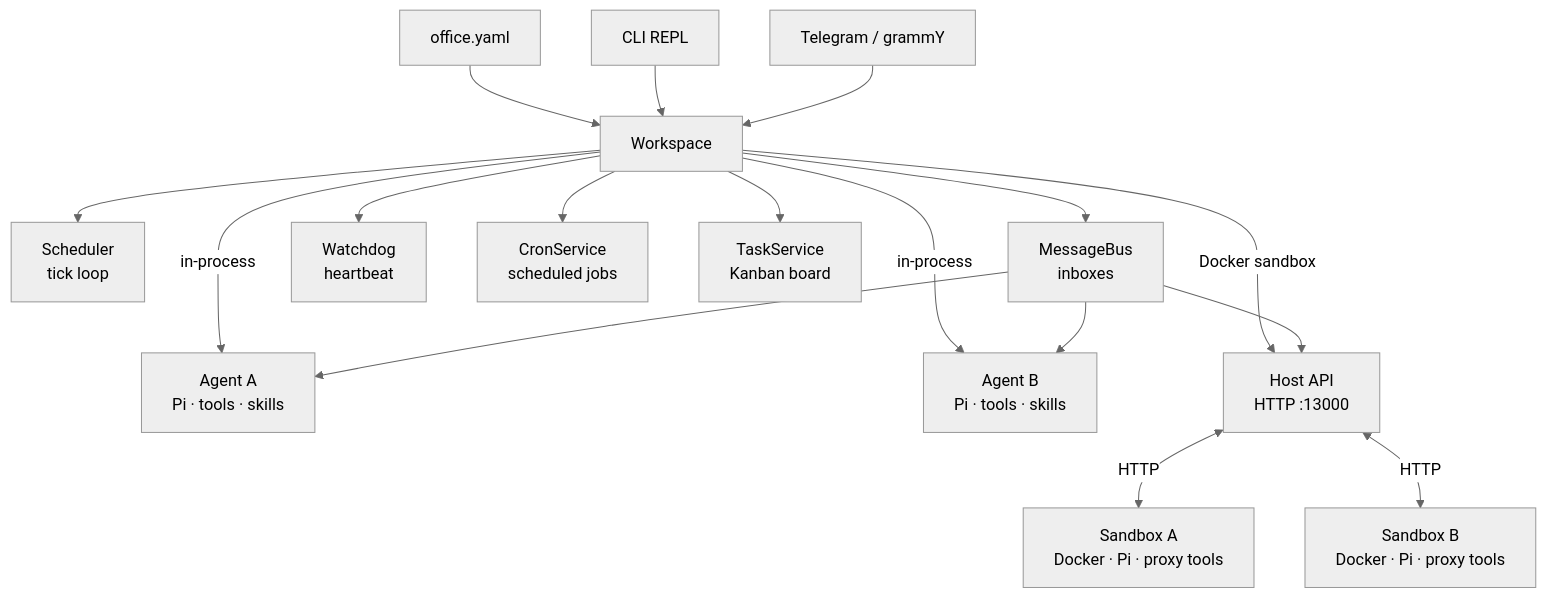
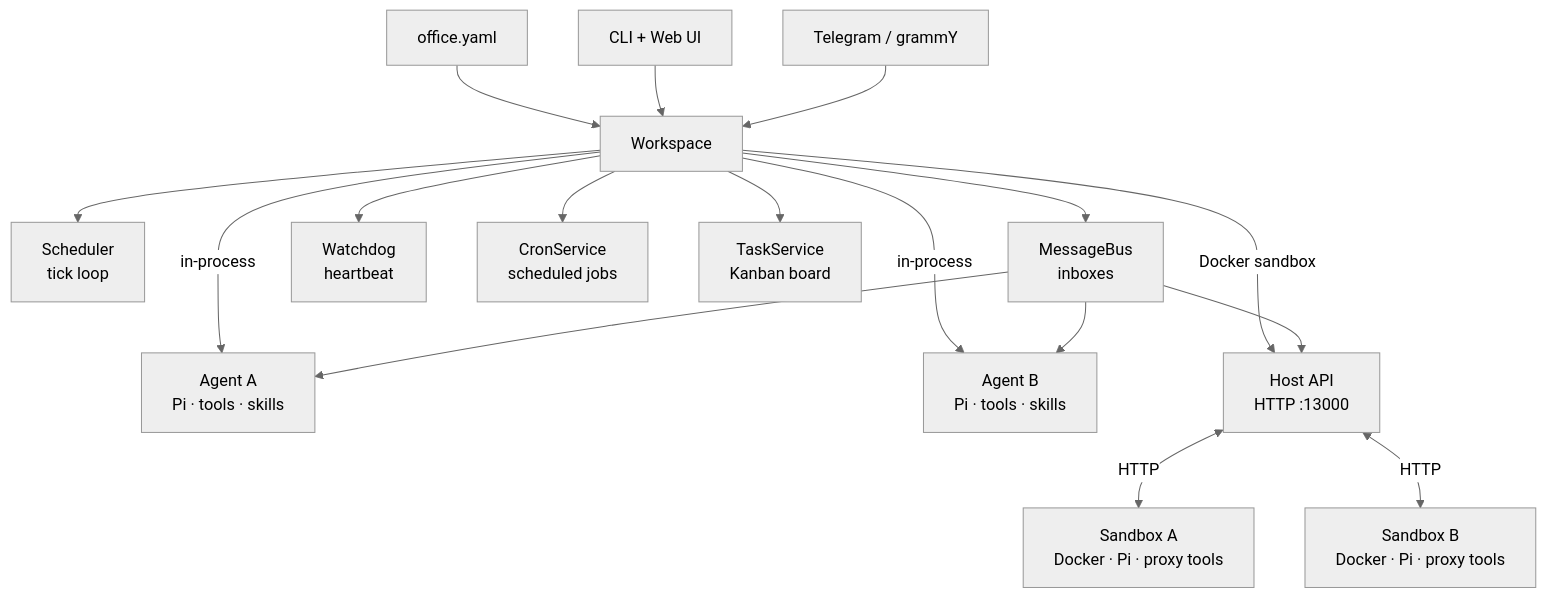
One commit to nivekoddworld/agent-office changed the diagram in README.md. Above: the diagram before and after it, drawn with Mermaid (neutral theme). The commit also changed other lines of this file and 7 other files, not shown here.

````diff
--- a/README.md
+++ b/README.md
@@ -111,23 +111,23 @@
 ```mermaid
 graph TD
     YAML[office.yaml] --> WS
-    CLI[CLI REPL] --> WS[Workspace]
+    CLI[CLI + Web UI] --> WS[Workspace]
     TG[Telegram / grammY] --> WS
 
     WS --> SCH[Scheduler\ntick loop]
     WS --> BUS[MessageBus\ninboxes]
     WS --> WD[Watchdog\nheartbeat]
     WS --> CRON[CronService\nscheduled jobs]
     WS --> TS[TaskService\nKanban board]
 
     WS -->|in-process| A[Agent A\nPi · tools · skills]
     WS -->|in-process| B[Agent B\nPi · tools · skills]
 
     WS -->|Docker sandbox| HA[Host API\nHTTP :13000]
     HA <-->|HTTP| SA[Sandbox A\nDocker · Pi · proxy tools]
     HA <-->|HTTP| SB[Sandbox B\nDocker · Pi · proxy tools]
 
     BUS --> A
     BUS --> B
     BUS --> HA
 ```
````
